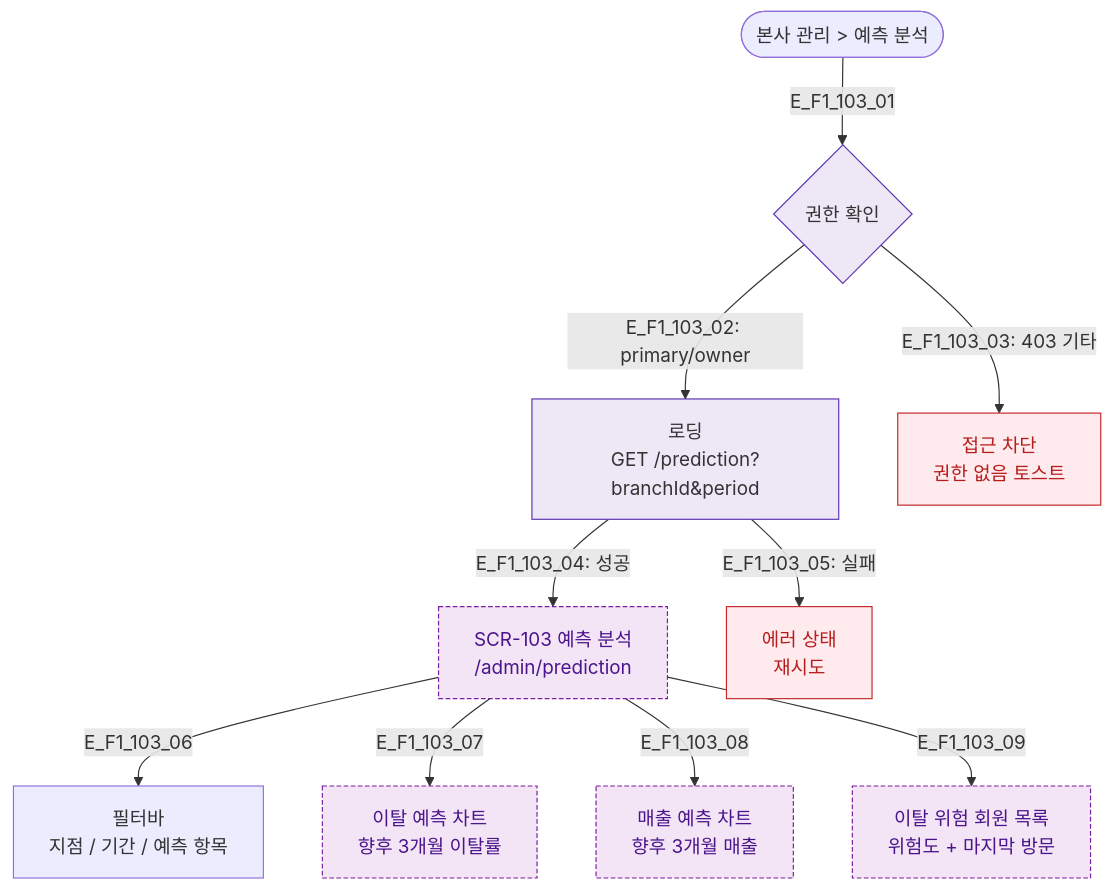
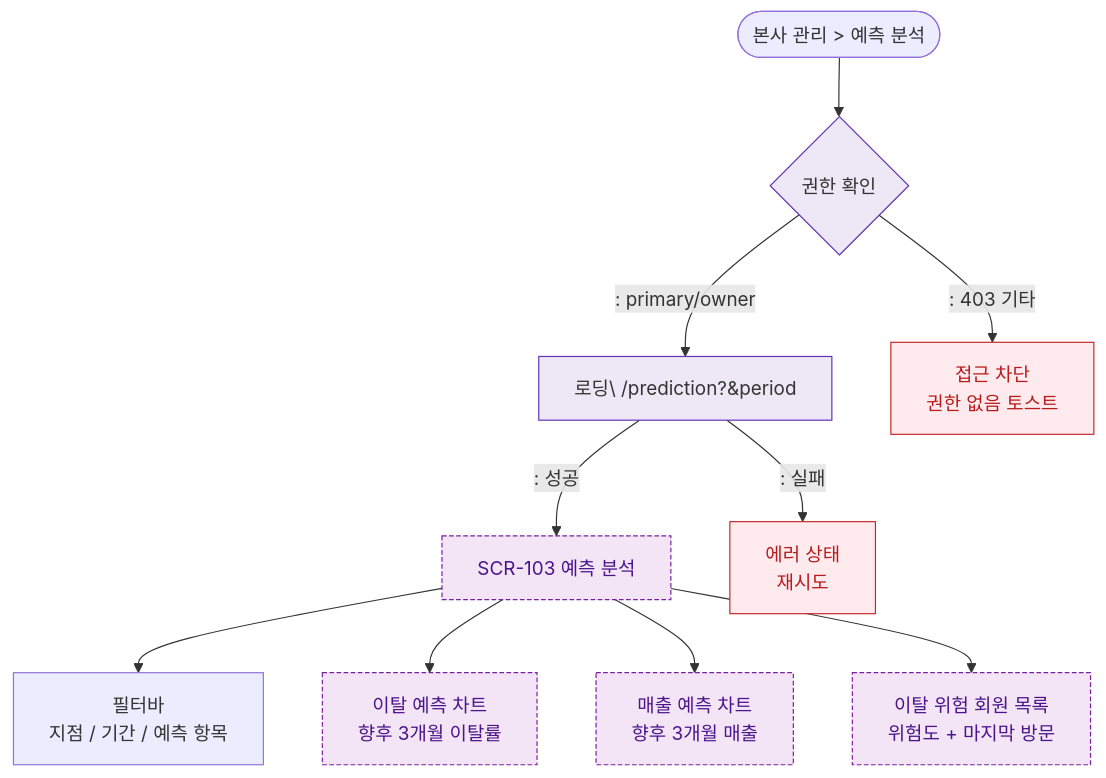
The diagram in docs/다이어그램/D10_본사관리/SCR-103_예측분석/F1_진입.md (dev-spogym/admin-pando), drawn with Mermaid before and after one commit. The commit also changed other lines of this file and 1660 other files, not shown here.

First line of the commit message:
다이어그램: 기획자/클라이언트 납품본으로 정리

````diff
--- a/docs/다이어그램/D10_본사관리/SCR-103_예측분석/F1_진입.md
+++ b/docs/다이어그램/D10_본사관리/SCR-103_예측분석/F1_진입.md
@@ -14,23 +12,23 @@
 ```mermaid
 flowchart TD
-    Sidebar([본사 관리 > 예측 분석]) -->|E_F1_103_01| Auth{권한 확인}
-    Auth -->|"E_F1_103_02: primary/owner"| Loading[로딩\nGET /prediction?branchId&period]
-    Auth -->|"E_F1_103_03: 403 기타"| Blocked[접근 차단\n권한 없음 토스트]
+    Sidebar([본사 관리 > 예측 분석]) --> Auth{권한 확인}
+    Auth -->|": primary/owner"|Loading[로딩\ /prediction?&period]
+    Auth -->|": 403 기타"|Blocked[접근 차단\n권한 없음 토스트]
 
-    Loading -->|"E_F1_103_04: 성공"| SCR103[SCR-103 예측 분석\n/admin/prediction]
-    Loading -->|"E_F1_103_05: 실패"| ErrorState[에러 상태\n재시도]
+    Loading -->|": 성공"|SCR103[SCR-103 예측 분석\n]
+    Loading -->|": 실패"|ErrorState[에러 상태\n재시도]
 
-    SCR103 -->|E_F1_103_06| FilterBar[필터바\n지점 / 기간 / 예측 항목]
-    SCR103 -->|E_F1_103_07| ChurnChart[이탈 예측 차트\n향후 3개월 이탈률]
-    SCR103 -->|E_F1_103_08| RevenueChart[매출 예측 차트\n향후 3개월 매출]
-    SCR103 -->|E_F1_103_09| RiskList[이탈 위험 회원 목록\n위험도 + 마지막 방문]
+    SCR103 --> FilterBar[필터바\n지점 / 기간 / 예측 항목]
+    SCR103 --> ChurnChart[이탈 예측 차트\n향후 3개월 이탈률]
+    SCR103 --> RevenueChart[매출 예측 차트\n향후 3개월 매출]
+    SCR103 --> RiskList[이탈 위험 회원 목록\n위험도 + 마지막 방문]
 
     classDef screen fill:#E3F2FD,stroke:#1976D2,color:#0D47A1
     classDef newFeature fill:#F3E5F5,stroke:#7B1FA2,color:#4A148C,stroke-dasharray:4 2
     classDef error fill:#FFEBEE,stroke:#C62828,color:#B71C1C
     classDef system fill:#EDE7F6,stroke:#5E35B2
     class SCR103 newFeature
     class ChurnChart,RevenueChart,RiskList newFeature
     class ErrorState,Blocked error
     class Loading,Auth system
 ```
````
